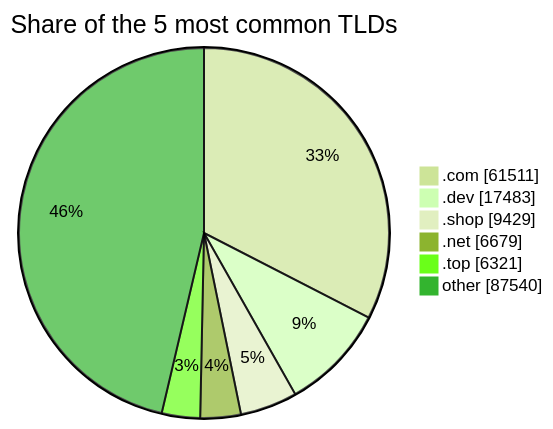
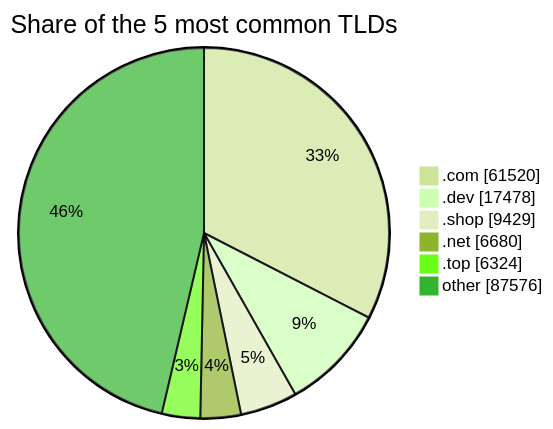
Before and after one commit to DNSBunker/CTI: the third of 3 diagrams in README.md, drawn with Mermaid (forest theme). The commit also changed other lines of this file and 3 other files, not shown here.

````diff
--- a/README.md
+++ b/README.md
@@ -81,9 +81,9 @@
 ```mermaid
 pie showData title Share of the 5 most common TLDs
-    ".com" : 61511
-    ".dev" : 17483
+    ".com" : 61520
+    ".dev" : 17478
     ".shop" : 9429
-    ".net" : 6679
-    ".top" : 6321
-    "other" : 87540
+    ".net" : 6680
+    ".top" : 6324
+    "other" : 87576
 ```
````
